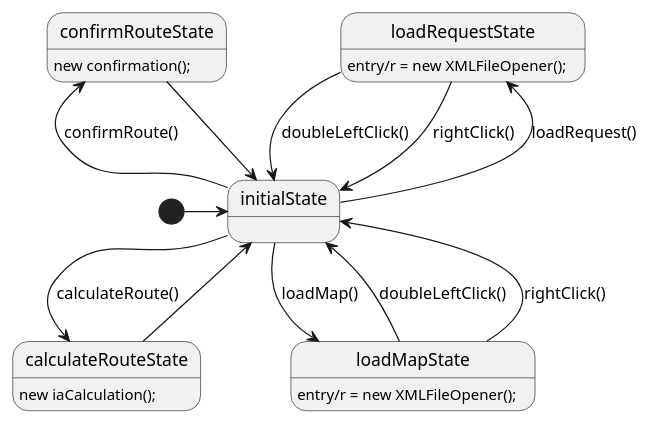
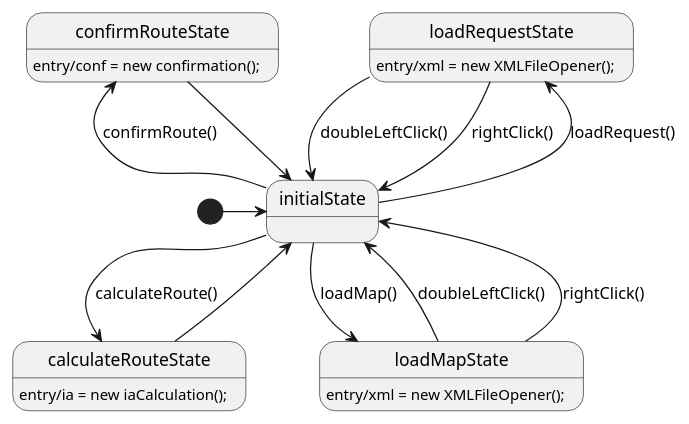
Before and after one commit to Karlenkko/Agile-OnErrand: the diagram in src/documentation/StateChart.puml, drawn with PlantUML.

Commit message:
docs(StateDiagram):IHM部分的State更新,非完全版，虽然图经过适当的调整，但还是挺丑的

```diff
--- a/src/documentation/StateChart.puml
+++ b/src/documentation/StateChart.puml
@@ -1,70 +1,70 @@
 @startuml
 'scale 350 width
 '[*] --> NotShooting
 '
 'state NotShooting {
 '  [*] --> Idle
 '  Idle --> Configuring : EvConfig
 '  Configuring --> Idle : EvConfig
 '}
 '
 'state Configuring {
 '  [*] --> NewValueSelection
 '  NewValueSelection --> NewValuePreview : EvNewValue
 '  NewValuePreview --> NewValueSelection : EvNewValueRejected
 '  NewValuePreview --> NewValueSelection : EvNewValueSaved
 '
 '  state NewValuePreview {
 '     State1 -> State2
 '  }
 '
 '}
 
 
 'For IHM'
 
 [*] -> initialState
 State initialState{
 
 }
 
 'loadMapState
 
 initialState -down-> loadMapState : loadMap()
 loadMapState -up-> initialState : doubleLeftClick()
 loadMapState -up-> initialState : rightClick()
 
 State loadMapState{
-    loadMapState:entry/r = new XMLFileOpener();
+    loadMapState:entry/xml = new XMLFileOpener();
 }
 
 'loadRequestState
 
 initialState -up-> loadRequestState : loadRequest()
 loadRequestState -> initialState : doubleLeftClick()
 loadRequestState -> initialState : rightClick()
 
 
 State loadRequestState{
-    loadRequestState:entry/r = new XMLFileOpener();
+    loadRequestState:entry/xml = new XMLFileOpener();
 }
 
 'confirmRouteState
 initialState -left-> confirmRouteState : confirmRoute()
 confirmRouteState -down-> initialState
 
 State confirmRouteState{
     '创建一个class用于执行确定route 但是不清楚class的名称
-     confirmRouteState:new confirmation();
+     confirmRouteState:entry/conf = new confirmation();
 }
 
 'calculateRouteState
 
 initialState -> calculateRouteState : calculateRoute()
 calculateRouteState -down-> initialState
 
 State calculateRouteState{
     '创建一个class来计算 但是不清楚class的名称
-    calculateRouteState:new iaCalculation();
+    calculateRouteState:entry/ia = new iaCalculation();
 }
 @enduml
```
